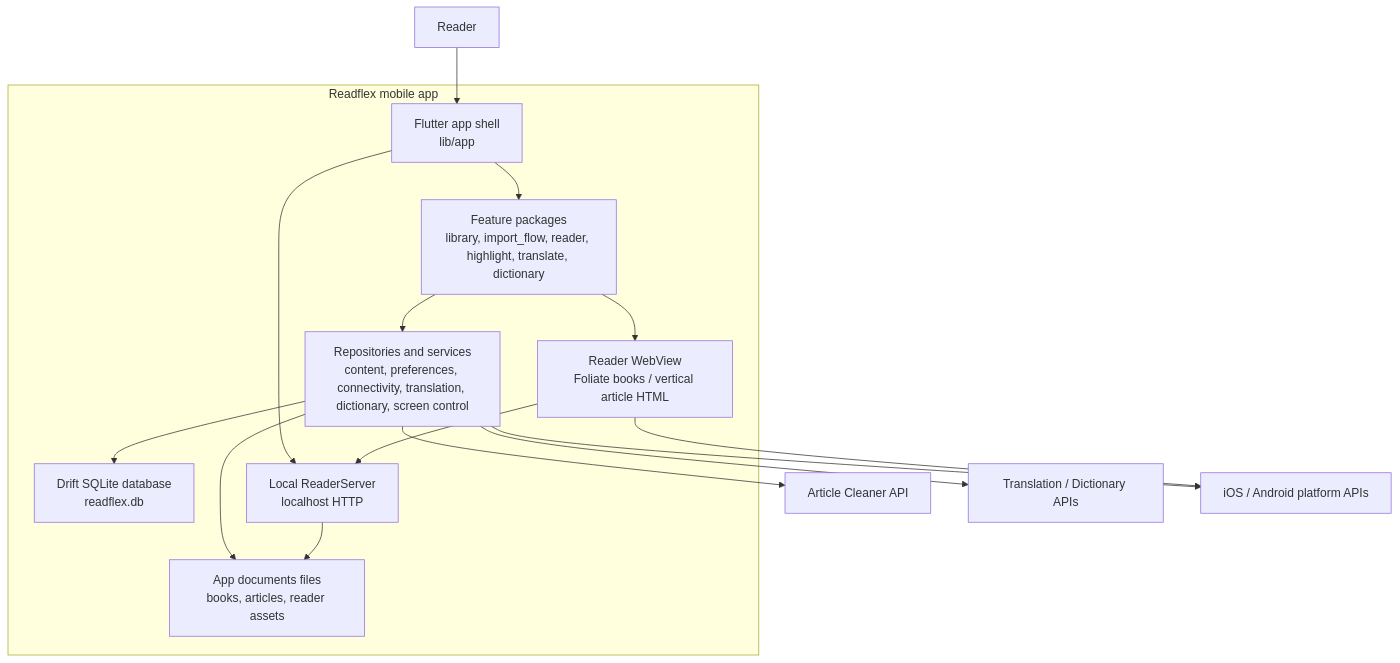
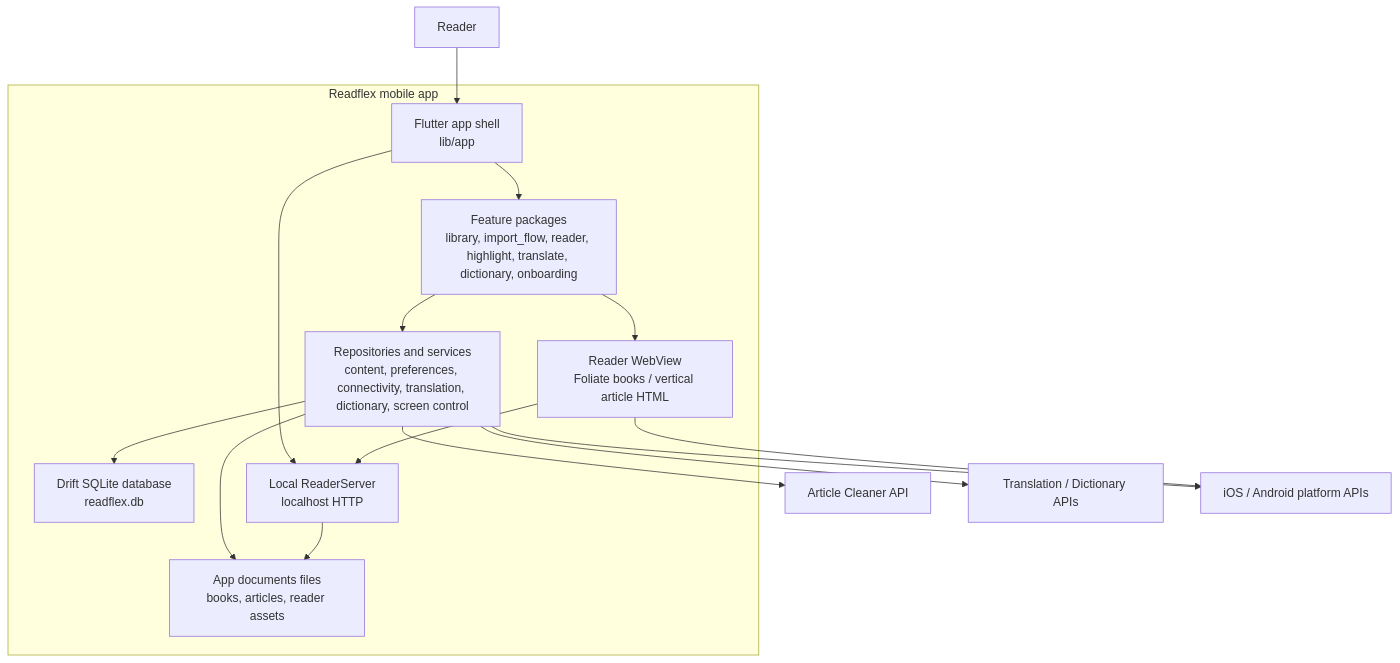
The second of 8 diagrams in C4_MODEL.md (abra/readflex), drawn with Mermaid before and after one commit. The commit also changed 20 other files, not shown here.

First line of the commit message:
Move onboarding into its own feature package

````diff
--- a/C4_MODEL.md
+++ b/C4_MODEL.md
@@ -57,32 +57,32 @@
 ```mermaid
 flowchart TB
   user["Reader"]
 
   subgraph mobile["Readflex mobile app"]
     appShell["Flutter app shell\nlib/app"]
-    features["Feature packages\nlibrary, import_flow, reader, highlight, translate, dictionary"]
+    features["Feature packages\nlibrary, import_flow, reader, highlight, translate, dictionary, onboarding"]
     repos["Repositories and services\ncontent, preferences, connectivity, translation, dictionary, screen control"]
     db["Drift SQLite database\nreadflex.db"]
     files["App documents files\nbooks, articles, reader assets"]
     server["Local ReaderServer\nlocalhost HTTP"]
     webview["Reader WebView\nFoliate books / vertical article HTML"]
   end
 
   cleaner["Article Cleaner API"]
   remoteApis["Translation / Dictionary APIs"]
   platform["iOS / Android platform APIs"]
 
   user --> appShell
   appShell --> features
   features --> repos
   repos --> db
   repos --> files
   appShell --> server
   server --> files
   features --> webview
   webview --> server
   repos --> cleaner
   repos --> remoteApis
   repos --> platform
   webview --> platform
 ```
````
